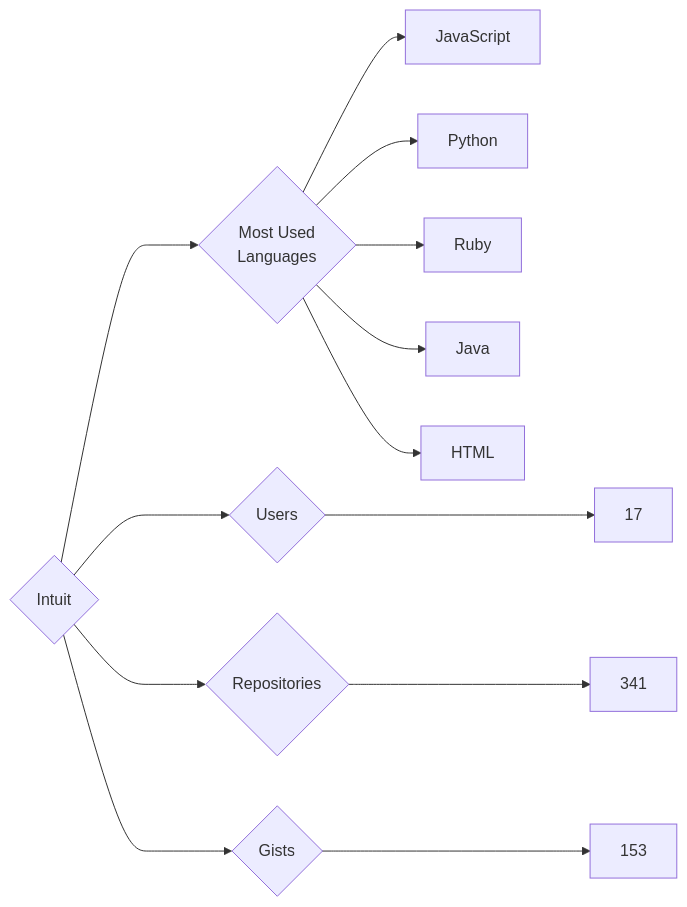
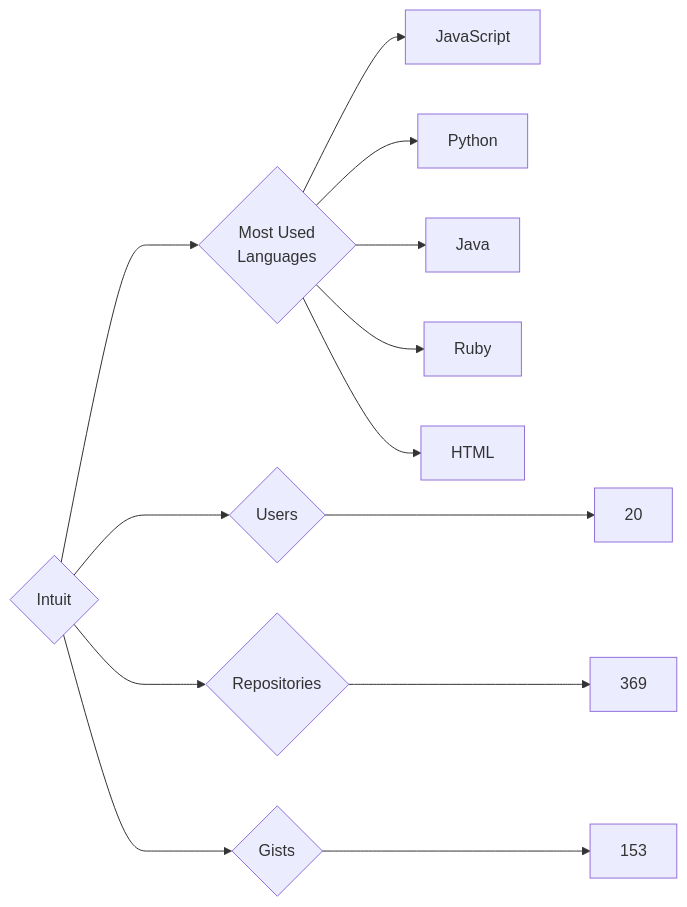
The diagram in targets/Intuit/README.md (trickest/insiders), drawn with Mermaid before and after one commit. The commit also changed 745 other files, not shown here.

````diff
--- a/targets/Intuit/README.md
+++ b/targets/Intuit/README.md
@@ -3,13 +3,13 @@
 ```mermaid
 graph LR
 COMPANY_NAME{Intuit}
-COMPANY_NAME ---> U{Users} ---> UN[17]
-COMPANY_NAME ---> R{Repositories} ---> RN[341]
+COMPANY_NAME ---> U{Users} ---> UN[20]
+COMPANY_NAME ---> R{Repositories} ---> RN[369]
 COMPANY_NAME ---> G{Gists} ---> GN[153]
 COMPANY_NAME ---> ML{Most Used<br>Languages}
 ML --> JavaScript[JavaScript]
 ML --> Python[Python]
+ML --> Java[Java]
 ML --> Ruby[Ruby]
-ML --> Java[Java]
 ML --> HTML[HTML]
 ```
````
